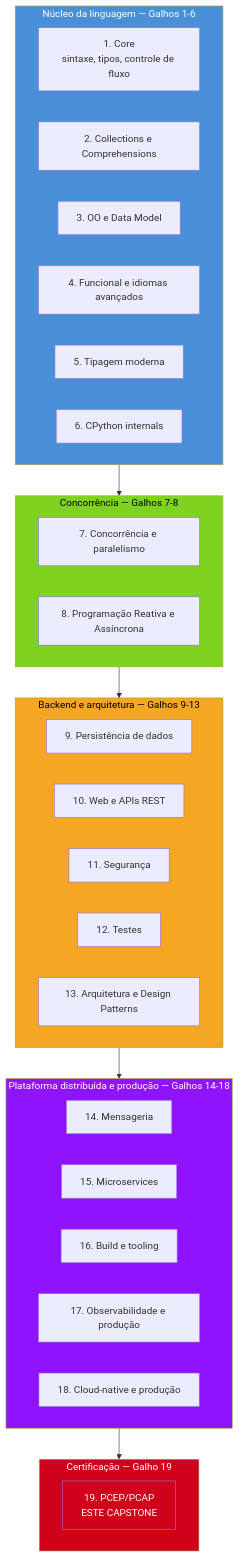
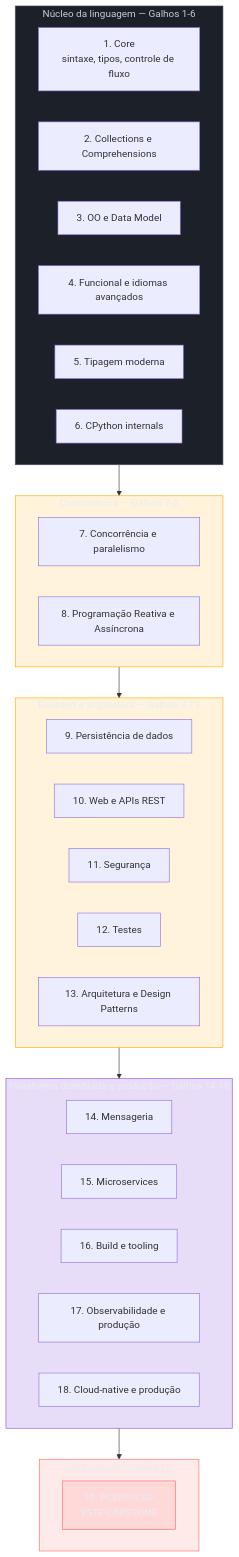
The second of 2 diagrams in 03-Dominios/Tecnologia/Python/Certificação (PCEP-PCAP)/08 - Capstone — simulado comentado PCEP + PCAP.md (josenaldo/codex-technomanticus), drawn with Mermaid before and after one commit. The commit also changed other lines of this file and 1181 other files, not shown here.

First line of the commit message:
fix(diagramas): paleta do sistema no lugar de cor cravada no markdown

````diff
--- a/03-Dominios/Tecnologia/Python/Certificação (PCEP-PCAP)/08 - Capstone — simulado comentado PCEP + PCAP.md
+++ b/03-Dominios/Tecnologia/Python/Certificação (PCEP-PCAP)/08 - Capstone — simulado comentado PCEP + PCAP.md
@@ -417,45 +420,49 @@
 ```mermaid
 flowchart TB
+    classDef neutro fill:#1B2029,stroke:#4E5666,color:#C6CCD8
+    classDef destaque fill:#FFAA0024,stroke:#FFAA00,color:#E9ECF2
+    classDef marca fill:#8855DF33,stroke:#8855DF,color:#E9ECF2
+    classDef falha fill:#FF6B6B24,stroke:#FF6B6B,color:#E9ECF2
     subgraph NUCLEO["Núcleo da linguagem — Galhos 1-6"]
         G1["1. Core<br/>sintaxe, tipos, controle de fluxo"]
         G2["2. Collections e Comprehensions"]
         G3["3. OO e Data Model"]
         G4["4. Funcional e idiomas avançados"]
         G5["5. Tipagem moderna"]
         G6["6. CPython internals"]
     end
 
     subgraph CONC["Concorrência — Galhos 7-8"]
         G7["7. Concorrência e paralelismo"]
         G8["8. Programação Reativa e Assíncrona"]
     end
 
     subgraph BACK["Backend e arquitetura — Galhos 9-13"]
         G9["9. Persistência de dados"]
         G10["10. Web e APIs REST"]
         G11["11. Segurança"]
         G12["12. Testes"]
         G13["13. Arquitetura e Design Patterns"]
     end
 
     subgraph PROD["Plataforma distribuída e produção — Galhos 14-18"]
         G14["14. Mensageria"]
         G15["15. Microservices"]
         G16["16. Build e tooling"]
         G17["17. Observabilidade e produção"]
         G18["18. Cloud-native e produção"]
     end
 
     subgraph CERT["Certificação — Galho 19"]
         G19["19. PCEP/PCAP<br/>ESTE CAPSTONE"]
     end
 
     NUCLEO --> CONC --> BACK --> PROD --> CERT
 
-    style NUCLEO fill:#4A90D9,color:#fff
-    style CONC fill:#7ED321,color:#000
-    style BACK fill:#F5A623,color:#000
-    style PROD fill:#9013FE,color:#fff
-    style CERT fill:#D0021B,color:#fff
-    style G19 fill:#D0021B,color:#fff
+    class NUCLEO neutro
+    class CONC destaque
+    class BACK destaque
+    class PROD marca
+    class CERT falha
+    class G19 falha
 ```
````
